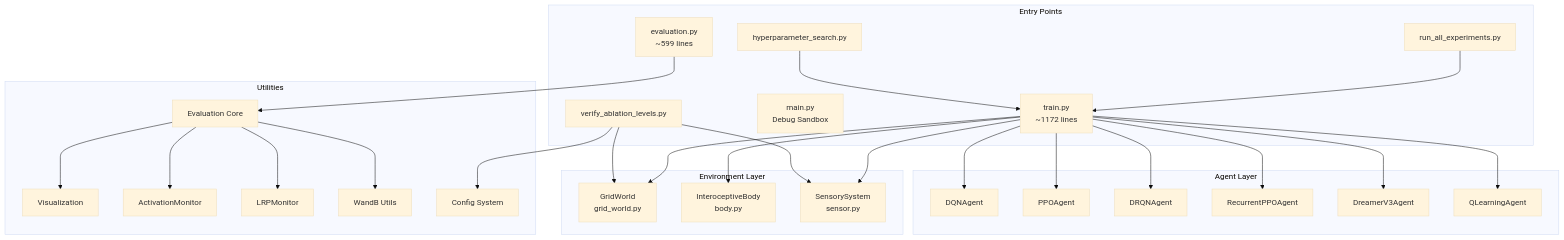
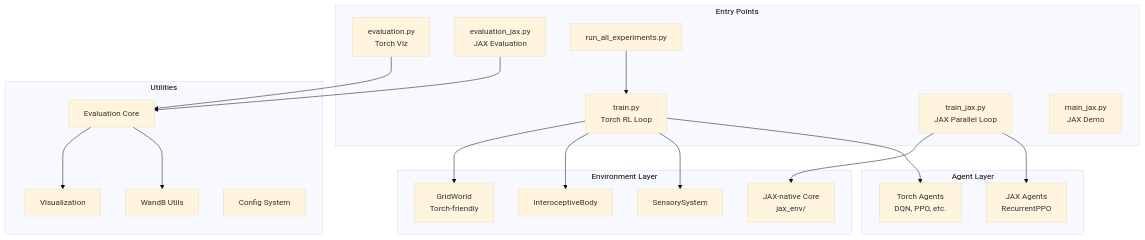
Before and after one commit to Sungwoo-Lee/grid_world_pain: the diagram in docs/PROJECT_SUMMARY.md, drawn with Mermaid (base theme). The commit also changed other lines of this file and 9 other files, not shown here.

Commit message:
feat: Enhance JAX RecurrentPPO with configurable RNN types, activation functions, and Monte Carlo returns, alongside comprehensive documentation and usage updates for JAX-native parallelization.

````diff
--- a/docs/PROJECT_SUMMARY.md
+++ b/docs/PROJECT_SUMMARY.md
@@ -22,43 +22,39 @@
 ```mermaid
 graph TB
-    subgraph "Entry Points"
-        A[train.py<br/>~1172 lines]
-        B[evaluation.py<br/>~599 lines]
-        C[main.py<br/>Debug Sandbox]
+subgraph "Entry Points"
+        A[train.py<br/>Torch RL Loop]
+        AJ[train_jax.py<br/>JAX Parallel Loop]
+        B[evaluation.py<br/>Torch Viz]
+        BJ[evaluation_jax.py<br/>JAX Evaluation]
+        C[main_jax.py<br/>JAX Demo]
         D[run_all_experiments.py]
-        E[hyperparameter_search.py]
-        EA[verify_ablation_levels.py]
     end
     
     subgraph "Environment Layer"
-        F[GridWorld<br/>grid_world.py]
-        G[InteroceptiveBody<br/>body.py]
-        H[SensorySystem<br/>sensor.py]
+        F[GridWorld<br/>Torch-friendly]
+        FJ[JAX-native Core<br/>jax_env/]
+        G[InteroceptiveBody]
+        H[SensorySystem]
     end
     
     subgraph "Agent Layer"
-        I[DQNAgent]
-        J[PPOAgent]
-        K[DRQNAgent]
-        L[RecurrentPPOAgent]
-        M[DreamerV3Agent]
-        N[QLearningAgent]
+        I[Torch Agents<br/>DQN, PPO, etc.]
+        IJ[JAX Agents<br/>RecurrentPPO]
     end
     
     subgraph "Utilities"
         O[Visualization]
-        P[ActivationMonitor]
-        Q[LRPMonitor]
         R[WandB Utils]
         S[Config System]
         T[Evaluation Core]
     end
     
     A --> F & G & H
-    A --> I & J & K & L & M & N
+    AJ --> FJ
+    A --> I
+    AJ --> IJ
     B --> T
-    T --> O & P & Q & R
+    BJ --> T
+    T --> O & R
     D --> A
-    E --> A
-    EA --> F & H & S
 ```
````
